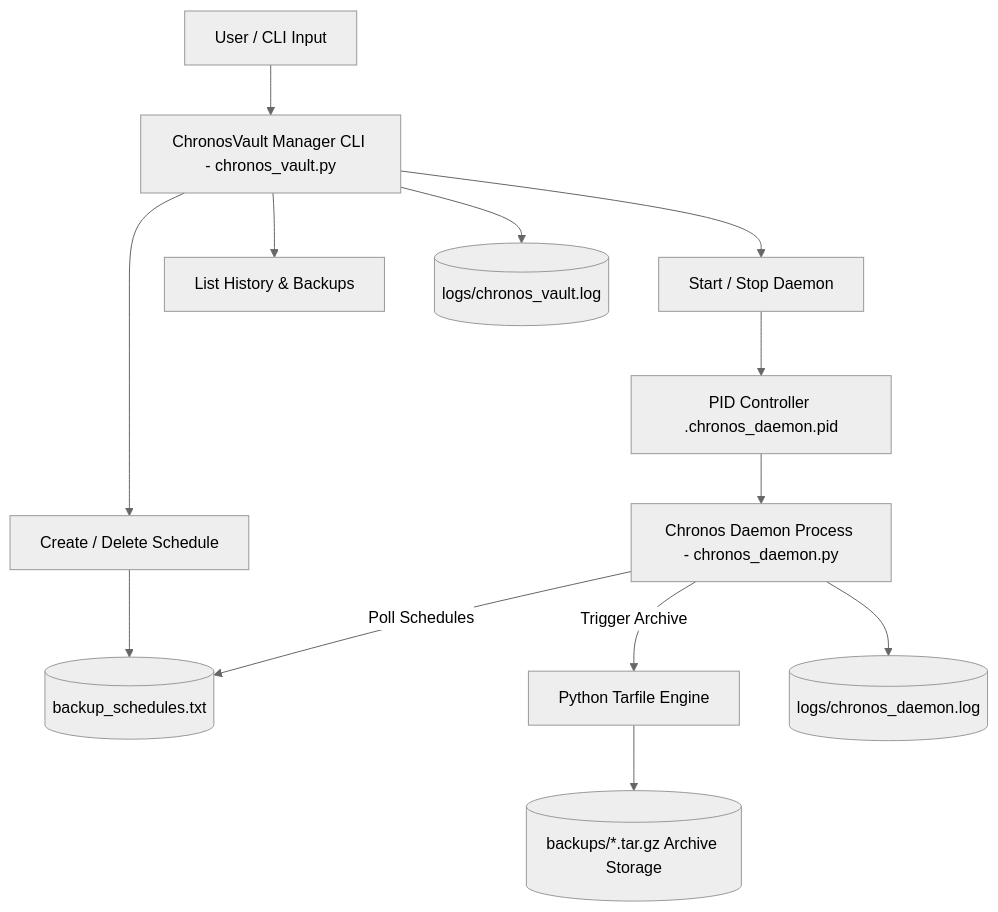
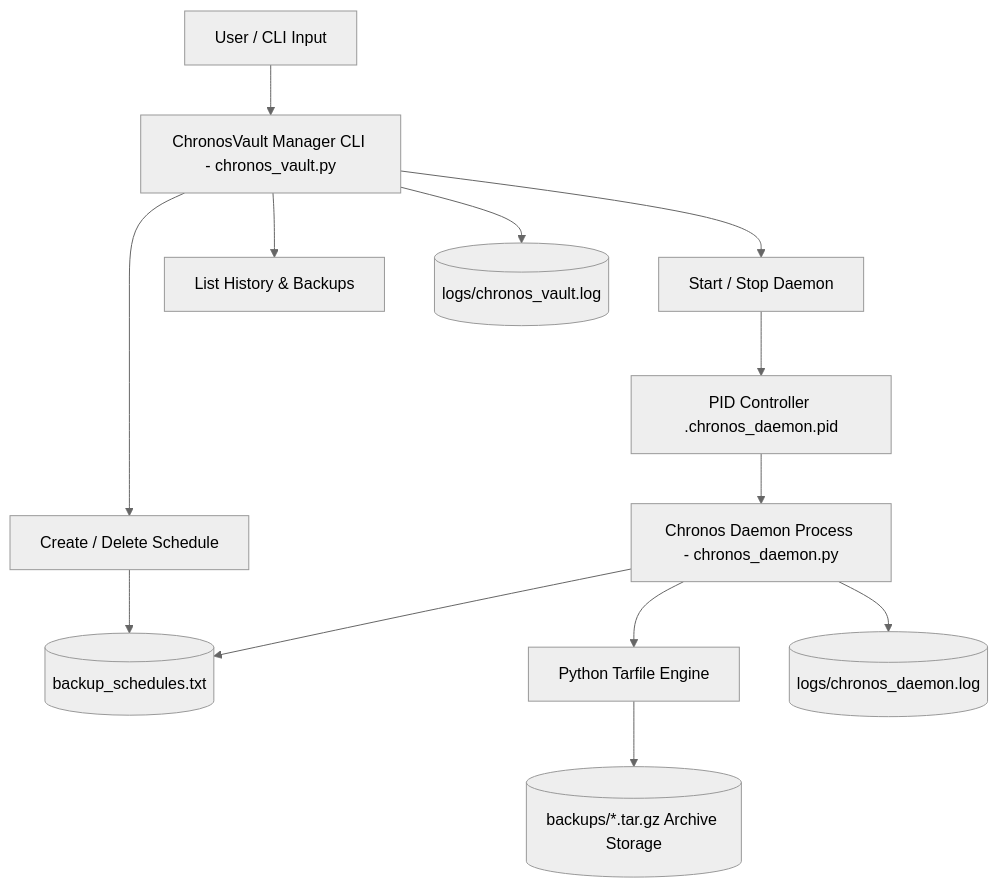
Before and after one commit to sahmedhusain/chronos-vault: the first of 2 diagrams in README.md, drawn with Mermaid (neutral theme). The commit also changed other lines of this file, not shown here.

Commit message:
docs: Add CLI terminal previews and refine Mermaid syntax

````diff
--- a/README.md
+++ b/README.md
@@ -34,18 +65,18 @@
 ```mermaid
 graph TD
-    A[User / CLI Input] --> B[ChronosVault Manager CLI - chronos_vault.py]
-    B --> C1[Create / Delete Schedule]
-    B --> C2[Start / Stop Daemon]
-    B --> C3[List History & Backups]
+    A["User / CLI Input"] --> B["ChronosVault Manager CLI - chronos_vault.py"]
+    B --> C1["Create / Delete Schedule"]
+    B --> C2["Start / Stop Daemon"]
+    B --> C3["List History & Backups"]
     
-    C1 --> D[(backup_schedules.txt)]
-    C2 --> E[PID Controller .chronos_daemon.pid]
-    E --> F[Chronos Daemon Process - chronos_daemon.py]
+    C1 --> D[("backup_schedules.txt")]
+    C2 --> E["PID Controller .chronos_daemon.pid"]
+    E --> F["Chronos Daemon Process - chronos_daemon.py"]
     
-    F -->|Poll Schedules| D
-    F -->|Trigger Archive| G[Python Tarfile Engine]
-    G --> H[(backups/*.tar.gz Archive Storage)]
+    F --> D
+    F --> G["Python Tarfile Engine"]
+    G --> H[("backups/*.tar.gz Archive Storage")]
     
-    B --> I1[(logs/chronos_vault.log)]
-    F --> I2[(logs/chronos_daemon.log)]
+    B --> I1[("logs/chronos_vault.log")]
+    F --> I2[("logs/chronos_daemon.log")]
 ```
````
